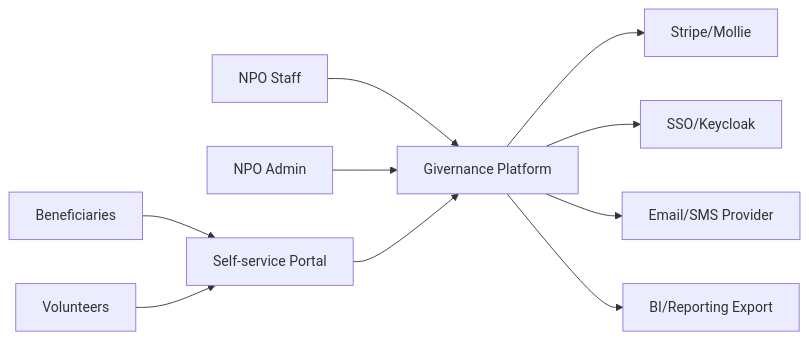
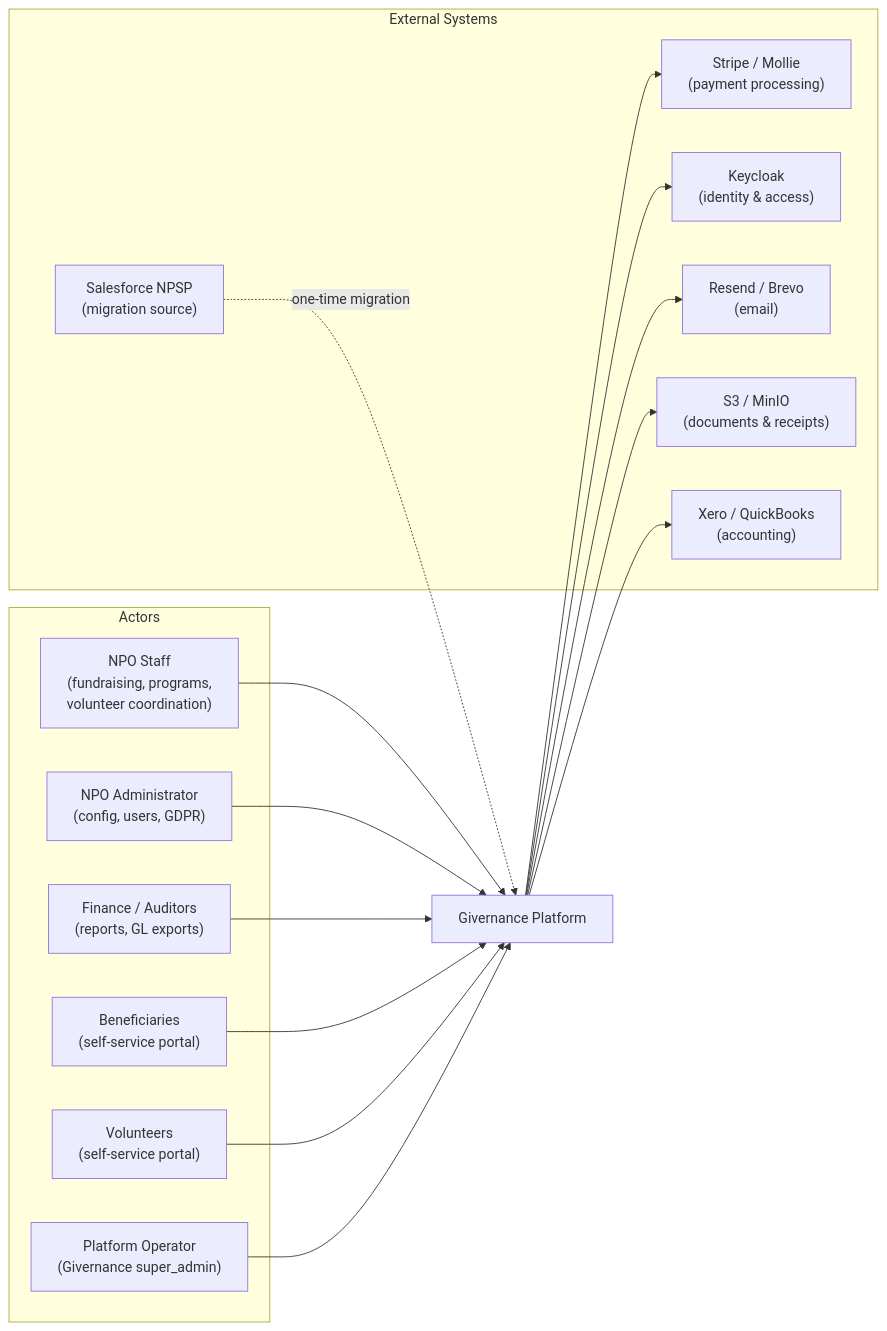
The diagram in diagrams/context.mmd (purposestack/givernance), drawn with Mermaid before and after one commit. The commit also changed 11 other files, not shown here.

```diff
--- a/diagrams/context.mmd
+++ b/diagrams/context.mmd
@@ -1,10 +1,34 @@
 flowchart LR
-  Staff[NPO Staff] --> App[Givernance Platform]
-  Admin[NPO Admin] --> App
-  Beneficiaries[Beneficiaries] --> Portal[Self-service Portal]
-  Volunteers[Volunteers] --> Portal
-  Portal --> App
-  App --> Pay[Stripe/Mollie]
-  App --> IdP[SSO/Keycloak]
-  App --> Mail[Email/SMS Provider]
-  App --> BI[BI/Reporting Export]
+  subgraph Actors
+    Staff["NPO Staff\n(fundraising, programs,\nvolunteer coordination)"]
+    Admin["NPO Administrator\n(config, users, GDPR)"]
+    Finance["Finance / Auditors\n(reports, GL exports)"]
+    Beneficiaries["Beneficiaries\n(self-service portal)"]
+    Volunteers["Volunteers\n(self-service portal)"]
+    PlatformOps["Platform Operator\n(Givernance super_admin)"]
+  end
+
+  App["Givernance Platform"]
+
+  subgraph External Systems
+    Pay["Stripe / Mollie\n(payment processing)"]
+    IdP["Keycloak\n(identity & access)"]
+    Mail["Resend / Brevo\n(email)"]
+    Storage["S3 / MinIO\n(documents & receipts)"]
+    Accounting["Xero / QuickBooks\n(accounting)"]
+    SF["Salesforce NPSP\n(migration source)"]
+  end
+
+  Staff --> App
+  Admin --> App
+  Finance --> App
+  Beneficiaries --> App
+  Volunteers --> App
+  PlatformOps --> App
+
+  App --> Pay
+  App --> IdP
+  App --> Mail
+  App --> Storage
+  App --> Accounting
+  SF -.->|one-time migration| App
```
